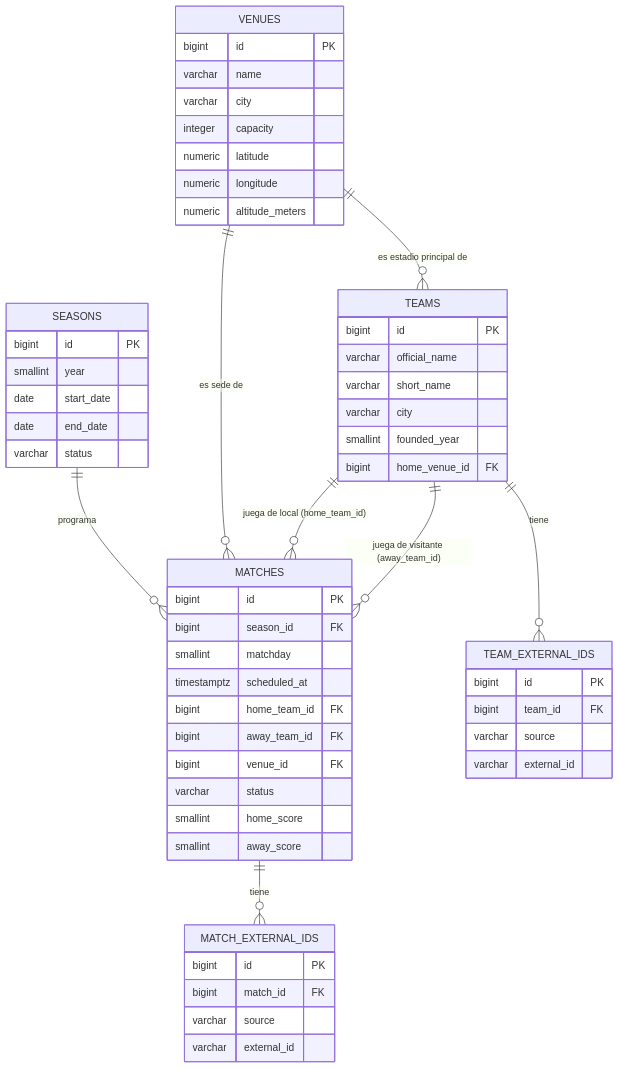
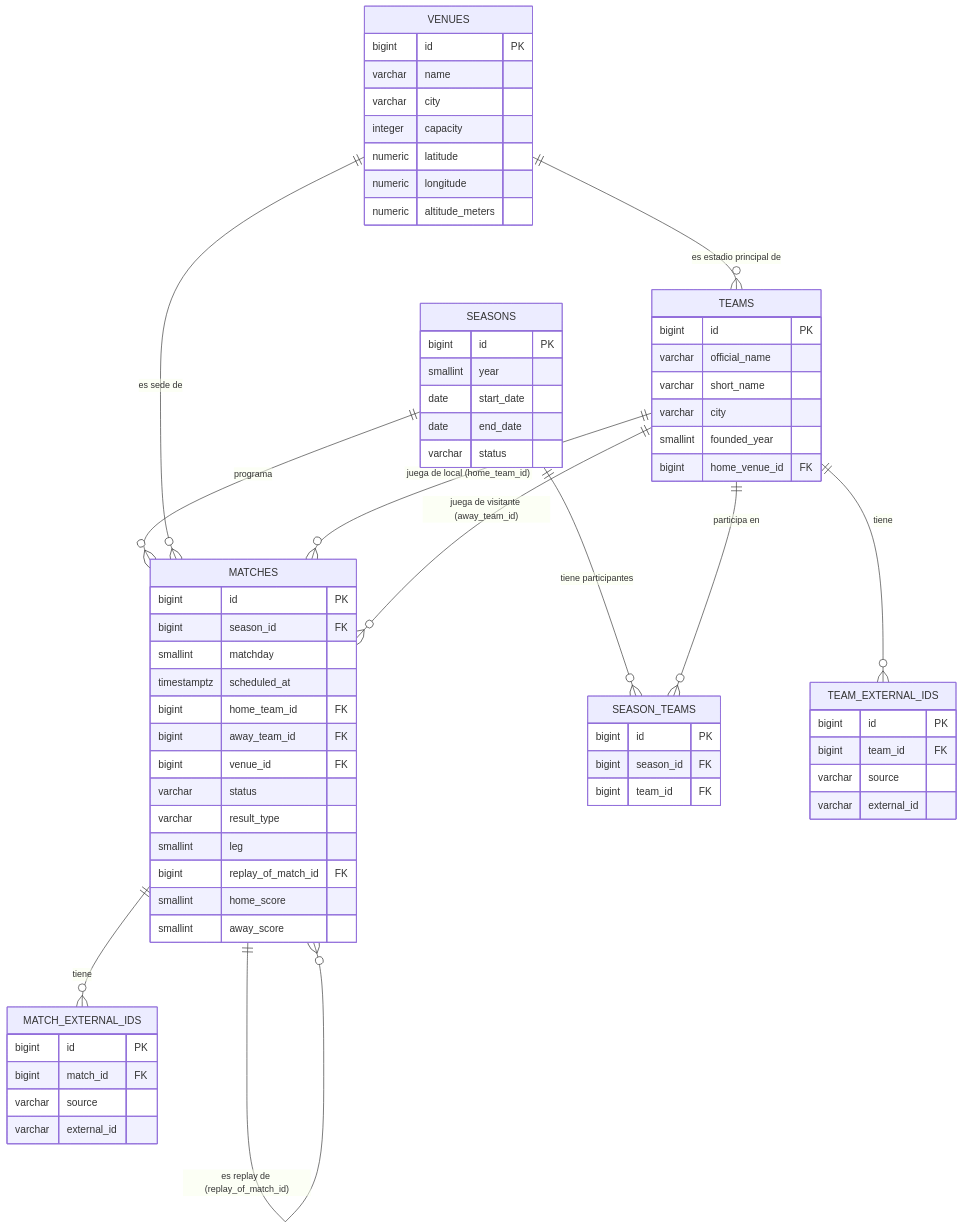
The diagram in docs/schema_core.md (matiasdemetriorufeil/predictex), drawn with Mermaid before and after one commit. The commit also changed other lines of this file and 1 other file, not shown here.

First line of the commit message:
docs: resolve schema_core.md open questions, merge steps 1.2-1.3

````diff
--- a/docs/schema_core.md
+++ b/docs/schema_core.md
@@ -128,64 +151,76 @@
 ```mermaid
 erDiagram
     SEASONS ||--o{ MATCHES : "programa"
+    SEASONS ||--o{ SEASON_TEAMS : "tiene participantes"
+    TEAMS ||--o{ SEASON_TEAMS : "participa en"
     VENUES ||--o{ MATCHES : "es sede de"
     VENUES ||--o{ TEAMS : "es estadio principal de"
     TEAMS ||--o{ MATCHES : "juega de local (home_team_id)"
     TEAMS ||--o{ MATCHES : "juega de visitante (away_team_id)"
     TEAMS ||--o{ TEAM_EXTERNAL_IDS : "tiene"
     MATCHES ||--o{ MATCH_EXTERNAL_IDS : "tiene"
+    MATCHES ||--o{ MATCHES : "es replay de (replay_of_match_id)"
 
     TEAMS {
         bigint id PK
         varchar official_name
         varchar short_name
         varchar city
         smallint founded_year
         bigint home_venue_id FK
     }
 
     VENUES {
         bigint id PK
         varchar name
         varchar city
         integer capacity
         numeric latitude
         numeric longitude
         numeric altitude_meters
     }
 
     SEASONS {
         bigint id PK
         smallint year
         date start_date
         date end_date
         varchar status
     }
 
+    SEASON_TEAMS {
+        bigint id PK
+        bigint season_id FK
+        bigint team_id FK
+    }
+
     MATCHES {
         bigint id PK
         bigint season_id FK
         smallint matchday
         timestamptz scheduled_at
         bigint home_team_id FK
         bigint away_team_id FK
         bigint venue_id FK
         varchar status
+        varchar result_type
+        smallint leg
+        bigint replay_of_match_id FK
         smallint home_score
         smallint away_score
     }
 
     TEAM_EXTERNAL_IDS {
         bigint id PK
         bigint team_id FK
         varchar source
         varchar external_id
     }
 
     MATCH_EXTERNAL_IDS {
         bigint id PK
         bigint match_id FK
         varchar source
         varchar external_id
     }
 ```
````
